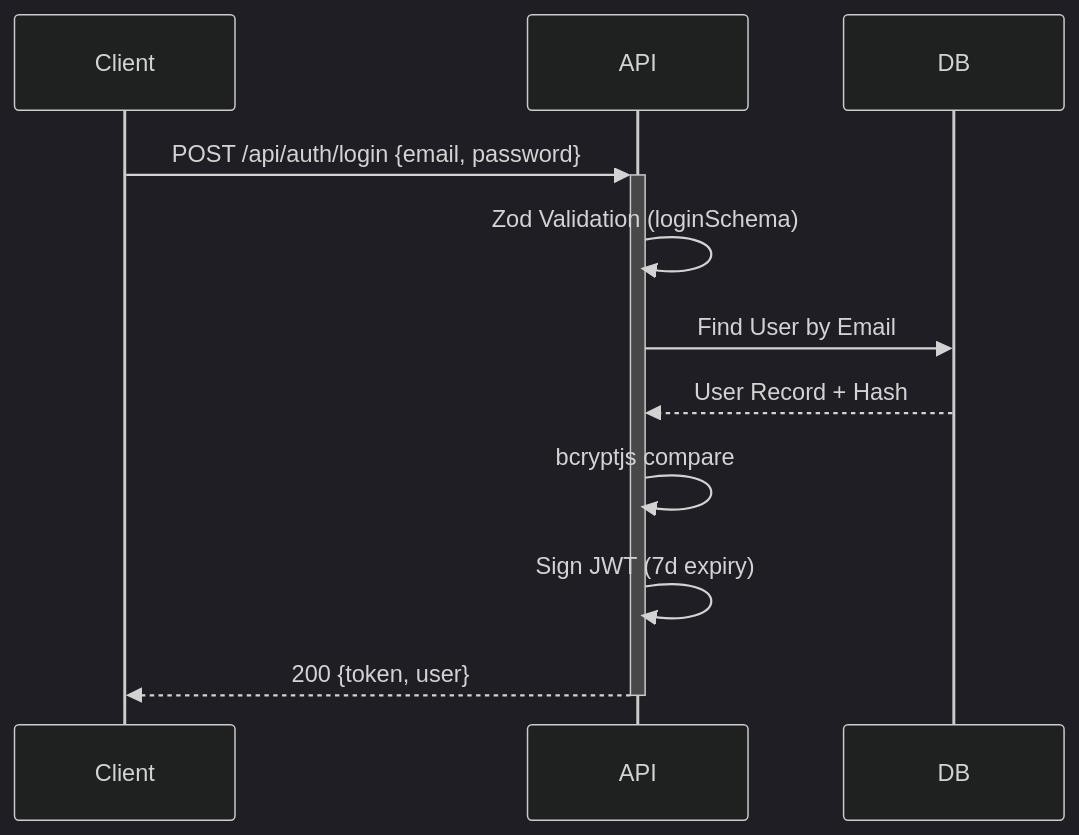
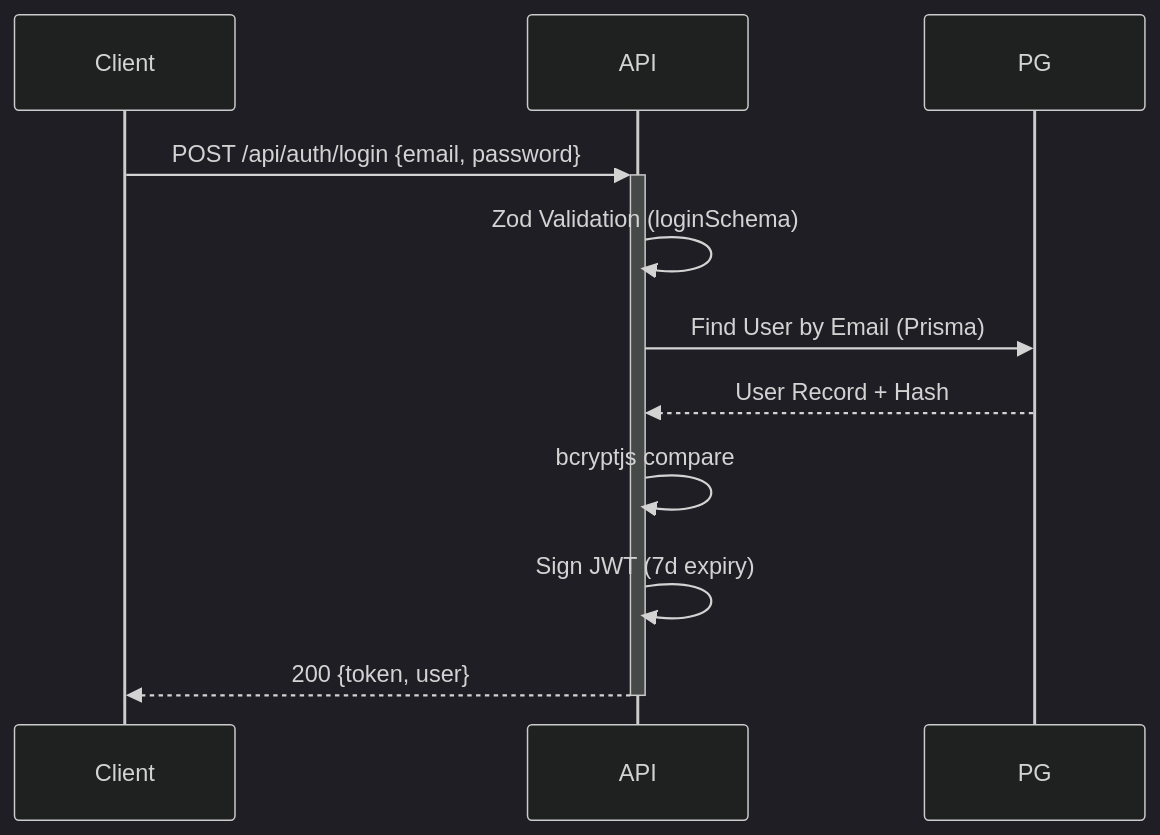
Before and after one commit to blxckpxnther46/rag99: the third of 7 diagrams in docs/HLD.md, drawn with Mermaid (dark theme). The commit also changed other lines of this file and 18 other files, not shown here.

````diff
--- a/docs/HLD.md
+++ b/docs/HLD.md
@@ -62,10 +76,10 @@
 ```mermaid
 sequenceDiagram
     Client->>+API: POST /api/auth/login {email, password}
     API->>API: Zod Validation (loginSchema)
-    API->>DB: Find User by Email
-    DB-->>API: User Record + Hash
+    API->>PG: Find User by Email (Prisma)
+    PG-->>API: User Record + Hash
     API->>API: bcryptjs compare
     API->>API: Sign JWT (7d expiry)
     API-->>-Client: 200 {token, user}
 ```
````
